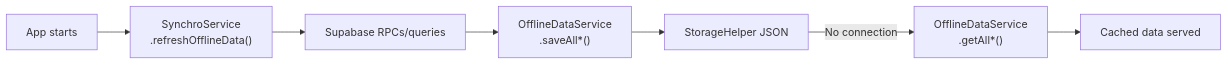
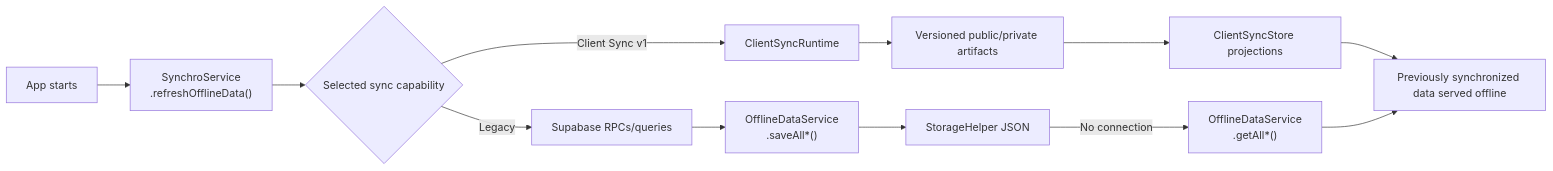
The second of 2 diagrams in docs/architecture/SERVICES.md (festappnet/festapp), drawn with Mermaid before and after one commit. The commit also changed other lines of this file and 259 other files, not shown here.

````diff
--- a/docs/architecture/SERVICES.md
+++ b/docs/architecture/SERVICES.md
@@ -135,9 +146,14 @@
 ```mermaid
 graph LR
     A[App starts] --> B["SynchroService<br/>.refreshOfflineData()"]
-    B --> C[Supabase RPCs/queries]
-    C --> D["OfflineDataService<br/>.saveAll*()"]
+    B --> C{Selected sync capability}
+    C -->|Client Sync v1| V[ClientSyncRuntime]
+    V --> H[Versioned public/private artifacts]
+    H --> S[ClientSyncStore projections]
+    S --> G[Previously synchronized data served offline]
+    C -->|Legacy| R[Supabase RPCs/queries]
+    R --> D["OfflineDataService<br/>.saveAll*()"]
     D --> E[StorageHelper JSON]
     E -->|No connection| F["OfflineDataService<br/>.getAll*()"]
-    F --> G[Cached data served]
+    F --> G
 ```
````
